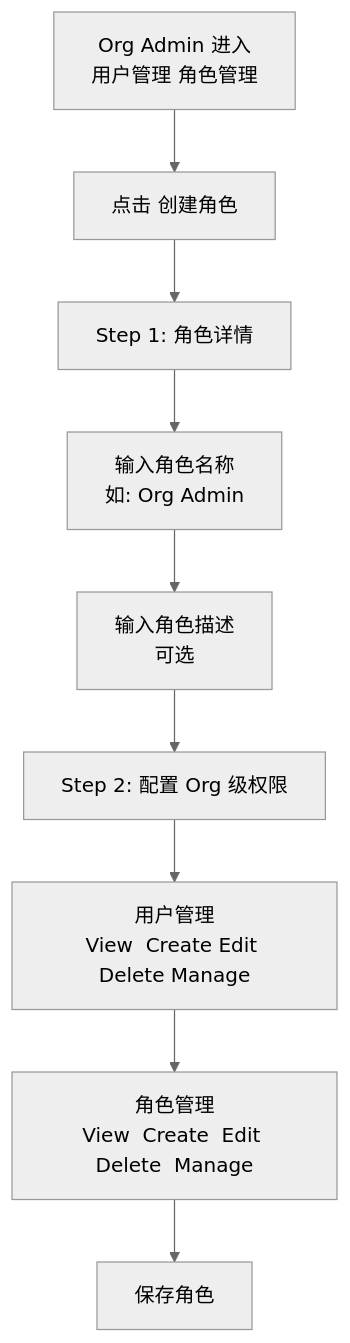
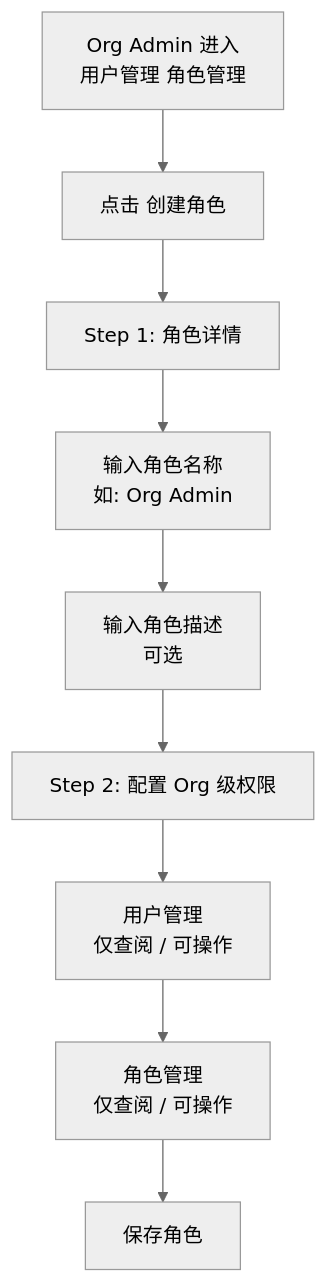
One commit to xiaoxiaoangie/EX-NEW changed the seventh of 19 diagrams in USERPERMISSIONS/prd/Users-Roles-Permissions.md. Above: the diagram before and after it, drawn with Mermaid (neutral theme). The commit also changed other lines of this file and 29 other files, not shown here.

````diff
--- a/USERPERMISSIONS/prd/Users-Roles-Permissions.md
+++ b/USERPERMISSIONS/prd/Users-Roles-Permissions.md
@@ -470,14 +470,14 @@
 ```mermaid
 flowchart TD
     A[Org Admin 进入<br/>用户管理 角色管理] --> B[点击 创建角色]
 
     B --> C[Step 1: 角色详情]
     C --> C1[输入角色名称<br/>如: Org Admin]
     C1 --> C2[输入角色描述<br/>可选]
 
     C2 --> D[Step 2: 配置 Org 级权限]
-    D --> D1["用户管理<br/> View  Create Edit  Delete Manage"]
-    D1 --> D2["角色管理<br/> View  Create  Edit  Delete  Manage"]
+    D --> D1["用户管理<br/>仅查阅 / 可操作"]
+    D1 --> D2["角色管理<br/>仅查阅 / 可操作"]
 
     D2 --> E[保存角色]
 ```
````
